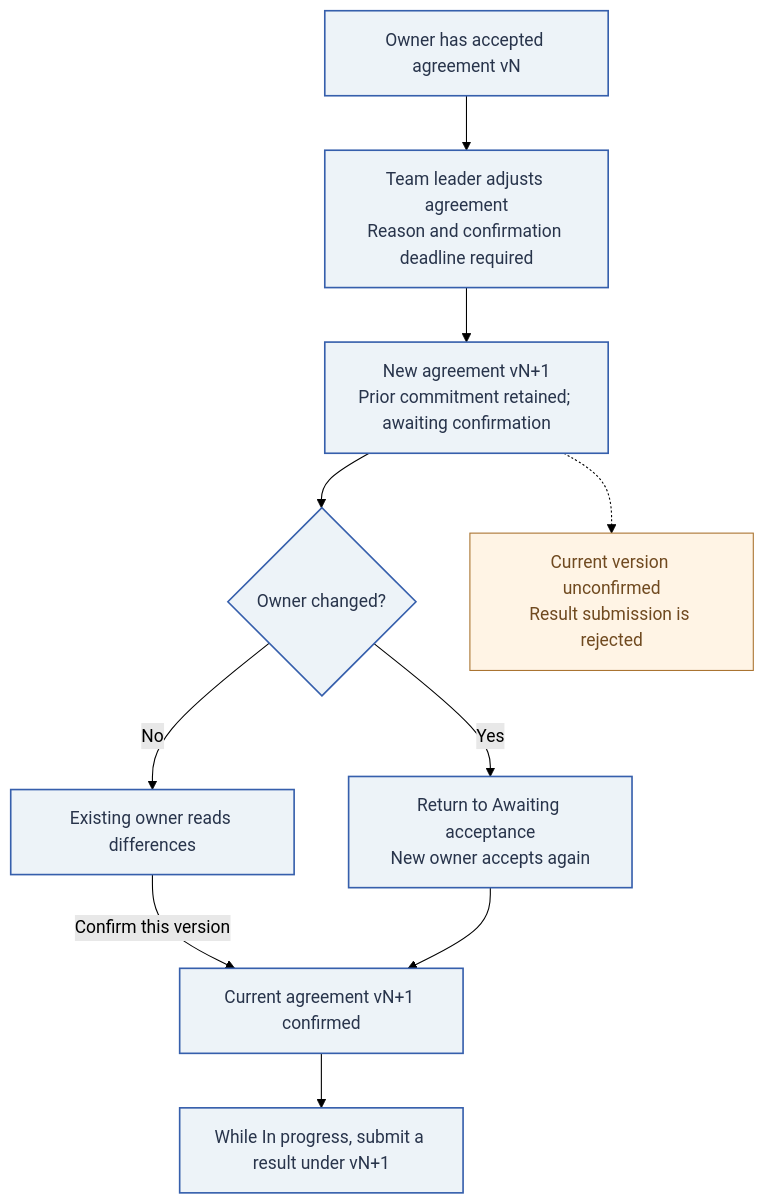
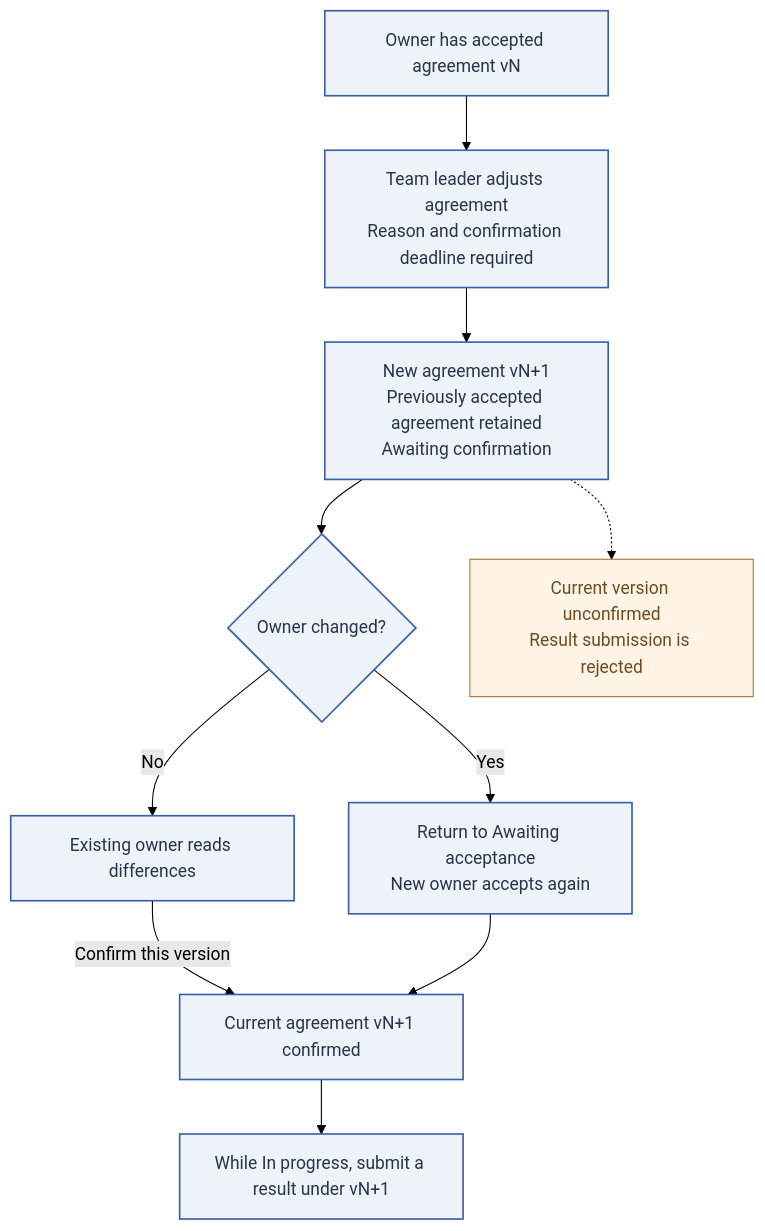
The diagram in docs/assets/diagrams/en/terms-confirmation.mmd (M1racleShih/open-task), drawn with Mermaid (forest theme) before and after one commit. The commit also changed 125 other files, not shown here.

```diff
--- a/docs/assets/diagrams/en/terms-confirmation.mmd
+++ b/docs/assets/diagrams/en/terms-confirmation.mmd
@@ -1,16 +1,16 @@
 flowchart TB
   accTitle: Confirmation after an agreement version change
   accDescr: An adjustment creates a new version. The existing owner reads differences and confirms; a new owner accepts again. Results cannot be submitted before confirming the current version.
   old["Owner has accepted agreement vN"] --> adjust["Team leader adjusts agreement<br/>Reason and confirmation deadline required"]
-  adjust --> latest["New agreement vN+1<br/>Prior commitment retained; awaiting confirmation"]
+  adjust --> latest["New agreement vN+1<br/>Previously accepted agreement retained<br/>Awaiting confirmation"]
   latest --> changed{"Owner changed?"}
   changed -->|No| compare["Existing owner reads differences"]
   compare -->|Confirm this version| confirm["Current agreement vN+1 confirmed"]
   changed -->|Yes| pending["Return to Awaiting acceptance<br/>New owner accepts again"]
   pending --> confirm
   confirm --> result["While In progress, submit a result under vN+1"]
   latest -.-> blocked["Current version unconfirmed<br/>Result submission is rejected"]
   classDef normal fill:#EDF3F8,stroke:#365FAC,color:#28344B,stroke-width:1.5px;
   classDef attention fill:#FFF4E5,stroke:#AA7431,color:#704A20;
   class old,adjust,latest,changed,compare,confirm,pending,result normal;
   class blocked attention;
```
